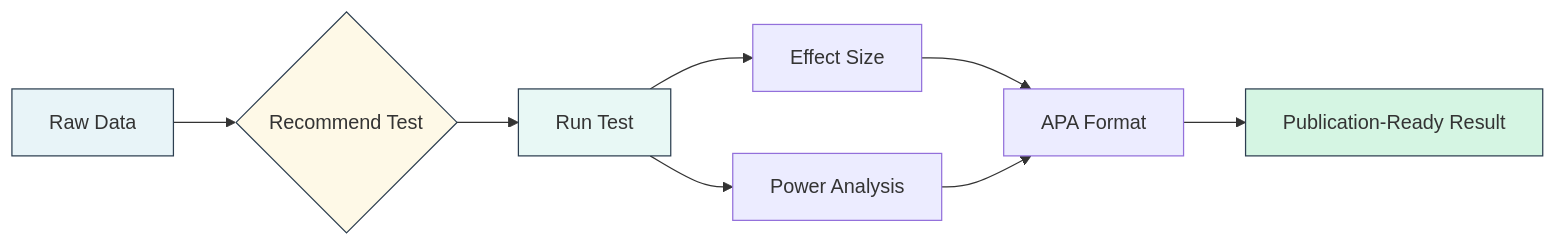
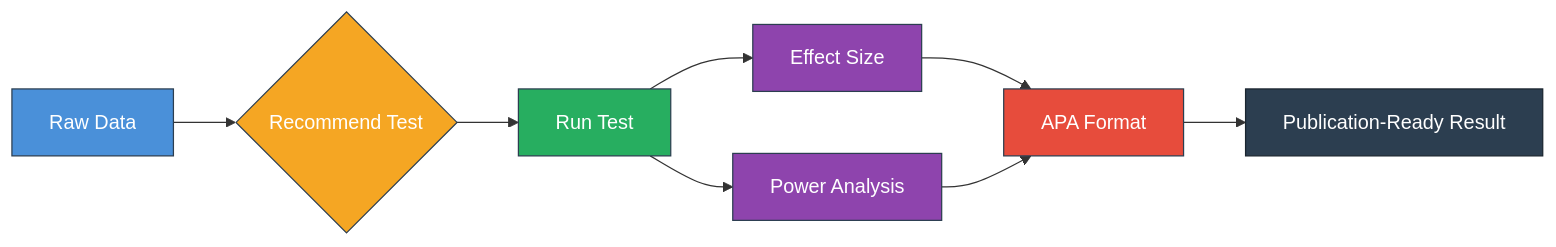
The diagram in README.md (ywatanabe1989/scitex-stats), drawn with Mermaid before and after one commit.

Commit message:
fix: improve mermaid diagram visibility with high-contrast colors
All nodes now have bold colors with white text, visible on both
light and dark GitHub themes.

````diff
--- a/README.md
+++ b/README.md
@@ -35,15 +35,18 @@
 ```mermaid
 flowchart LR
     A[Raw Data] --> B{Recommend Test}
     B --> C[Run Test]
     C --> D[Effect Size]
     C --> E[Power Analysis]
     D --> F[APA Format]
     E --> F
     F --> G[Publication-Ready Result]
 
-    style A fill:#e8f4f8,stroke:#2c3e50
-    style B fill:#fef9e7,stroke:#2c3e50
-    style C fill:#e8f8f5,stroke:#2c3e50
-    style G fill:#d5f5e3,stroke:#2c3e50
+    style A fill:#4a90d9,stroke:#2c3e50,color:#fff
+    style B fill:#f5a623,stroke:#2c3e50,color:#fff
+    style C fill:#27ae60,stroke:#2c3e50,color:#fff
+    style D fill:#8e44ad,stroke:#2c3e50,color:#fff
+    style E fill:#8e44ad,stroke:#2c3e50,color:#fff
+    style F fill:#e74c3c,stroke:#2c3e50,color:#fff
+    style G fill:#2c3e50,stroke:#1a252f,color:#fff
 ```
````
